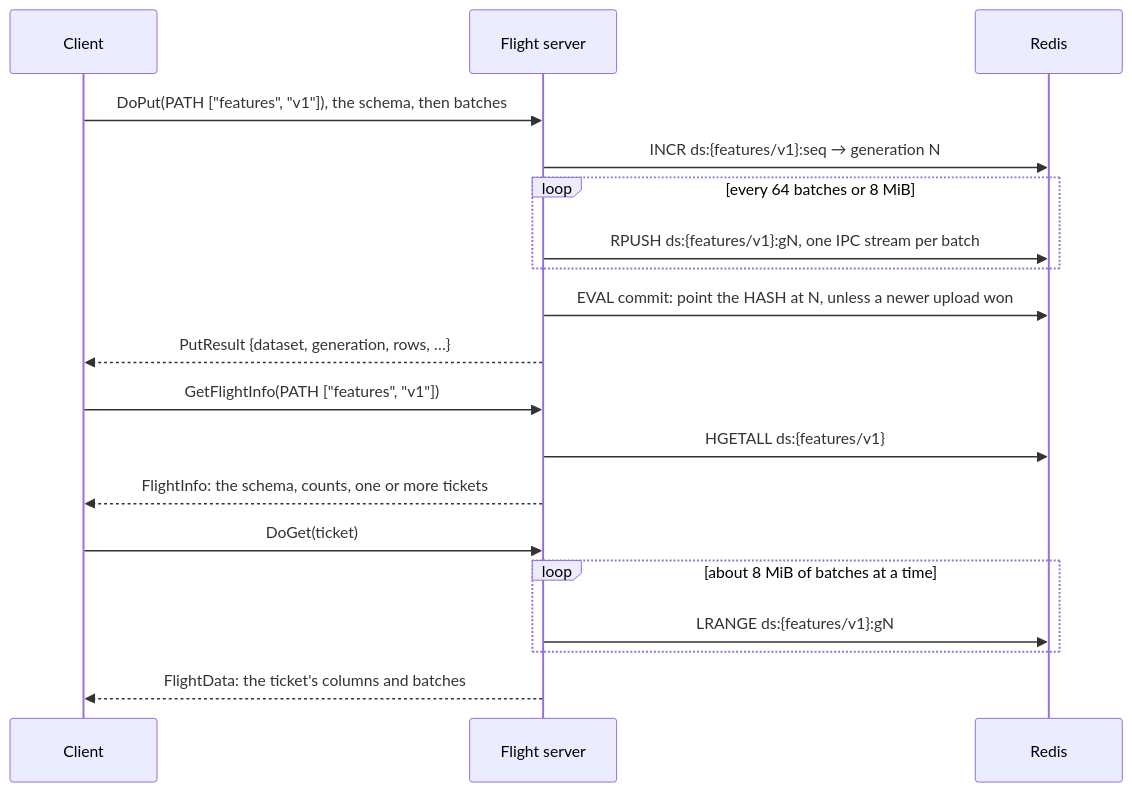
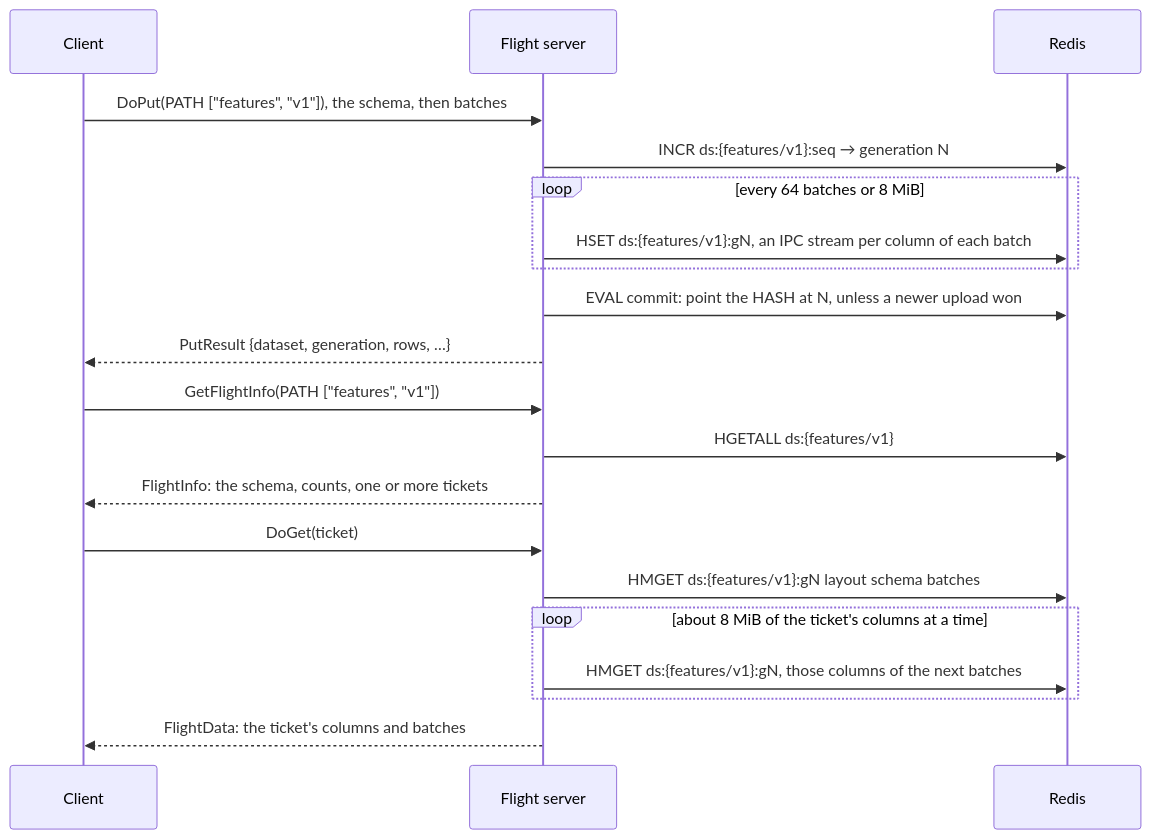
The fourth of 5 diagrams in README.md (redis/redis-apache-arrow-flight), drawn with Mermaid before and after one commit. The commit also changed other lines of this file and 5 other files, not shown here.

````diff
--- a/README.md
+++ b/README.md
@@ -154,21 +154,22 @@
 ```mermaid
 sequenceDiagram
     participant C as Client
     participant S as Flight server
     participant R as Redis
     C->>S: DoPut(PATH ["features", "v1"]), the schema, then batches
     S->>R: INCR ds:{features/v1}:seq → generation N
     loop every 64 batches or 8 MiB
-        S->>R: RPUSH ds:{features/v1}:gN, one IPC stream per batch
+        S->>R: HSET ds:{features/v1}:gN, an IPC stream per column of each batch
     end
     S->>R: EVAL commit: point the HASH at N, unless a newer upload won
     S-->>C: PutResult {dataset, generation, rows, …}
     C->>S: GetFlightInfo(PATH ["features", "v1"])
     S->>R: HGETALL ds:{features/v1}
     S-->>C: FlightInfo: the schema, counts, one or more tickets
     C->>S: DoGet(ticket)
-    loop about 8 MiB of batches at a time
-        S->>R: LRANGE ds:{features/v1}:gN
+    S->>R: HMGET ds:{features/v1}:gN layout schema batches
+    loop about 8 MiB of the ticket's columns at a time
+        S->>R: HMGET ds:{features/v1}:gN, those columns of the next batches
     end
     S-->>C: FlightData: the ticket's columns and batches
 ```
````
